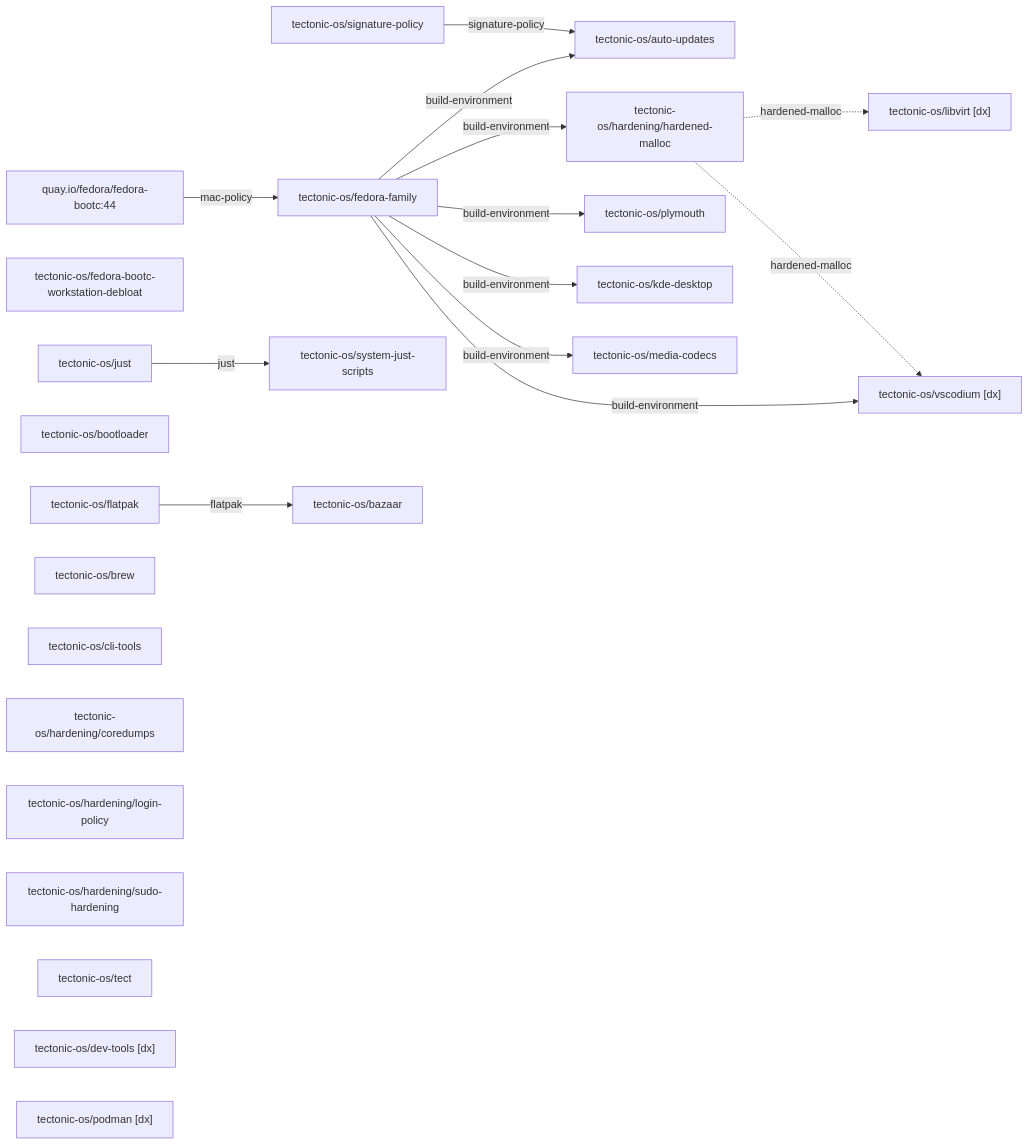
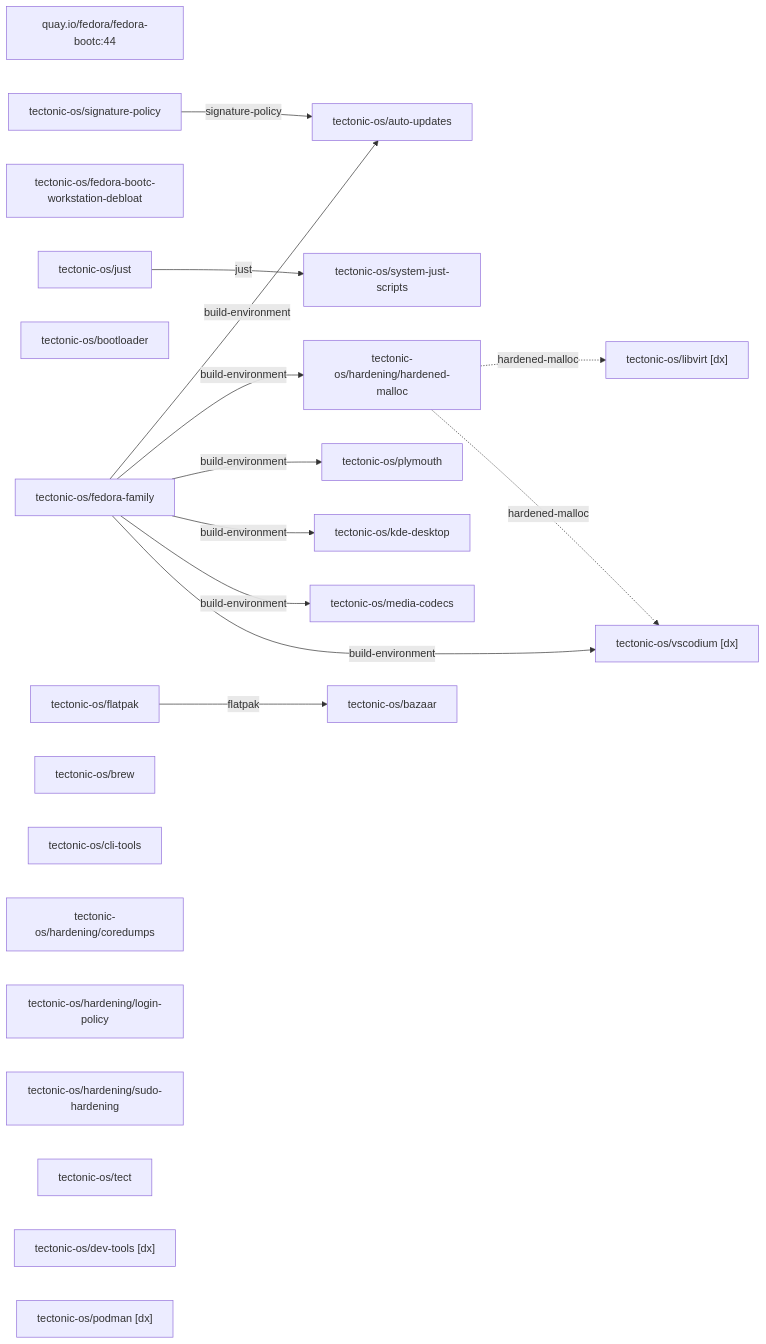
One commit to tectonic-os/desktop changed the diagram in generated/desktop.graph.md. Above: the diagram before and after it, drawn with Mermaid. The commit also changed other lines of this file and 5 other files, not shown here.

Commit message:
roll to tect 0.6.19 and name the base's selinux policy

````diff
--- a/generated/desktop.graph.md
+++ b/generated/desktop.graph.md
@@ -9,39 +9,38 @@
 ```mermaid
 graph LR
     base["quay.io/fedora/fedora-bootc:44"]
     m0["tectonic-os/fedora-family"]
     m1["tectonic-os/fedora-bootc-workstation-debloat"]
     m2["tectonic-os/just"]
     m3["tectonic-os/bootloader"]
     m4["tectonic-os/signature-policy"]
     m5["tectonic-os/auto-updates"]
     m6["tectonic-os/system-just-scripts"]
     m7["tectonic-os/flatpak"]
     m8["tectonic-os/brew"]
     m9["tectonic-os/cli-tools"]
     m10["tectonic-os/hardening/coredumps"]
     m11["tectonic-os/hardening/login-policy"]
     m12["tectonic-os/hardening/hardened-malloc"]
     m13["tectonic-os/hardening/sudo-hardening"]
     m14["tectonic-os/plymouth"]
     m15["tectonic-os/kde-desktop"]
     m16["tectonic-os/bazaar"]
     m17["tectonic-os/media-codecs"]
     m18["tectonic-os/tect"]
     m19["tectonic-os/dev-tools [dx]"]
     m20["tectonic-os/podman [dx]"]
     m21["tectonic-os/libvirt [dx]"]
     m22["tectonic-os/vscodium [dx]"]
-    base -->|"mac-policy"| m0
     m0 -->|"build-environment"| m5
     m0 -->|"build-environment"| m12
     m0 -->|"build-environment"| m14
     m0 -->|"build-environment"| m15
     m0 -->|"build-environment"| m17
     m0 -->|"build-environment"| m22
     m2 -->|"just"| m6
     m4 -->|"signature-policy"| m5
     m7 -->|"flatpak"| m16
     m12 -.->|"hardened-malloc"| m21
     m12 -.->|"hardened-malloc"| m22
 ```
````
